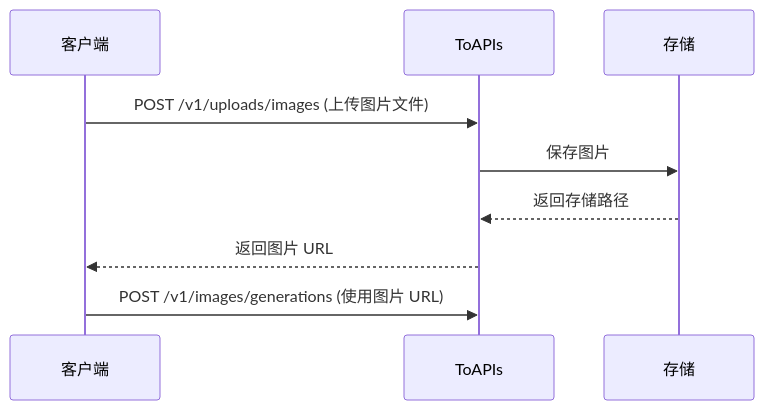
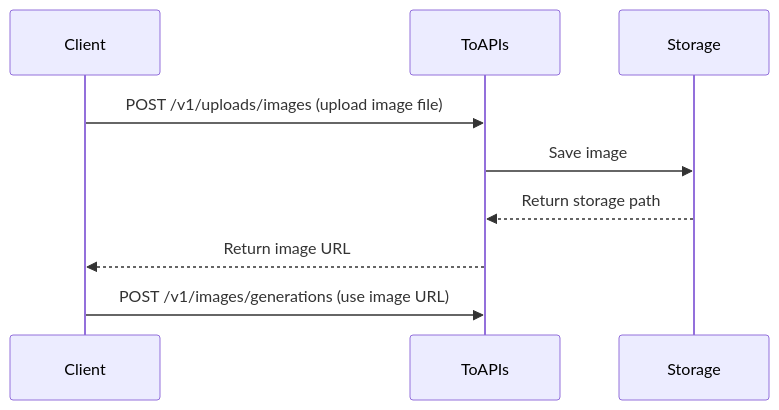
The diagram in referenc-docs/toapis/toapis-upload-images-doc.md (kpkonghk01/pi-ai-extra), drawn with Mermaid before and after one commit. The commit also changed other lines of this file and 5 other files, not shown here.

First line of the commit message:
fix(toapis): do not offer aspectRatio auto on GPT Image 2.6, and correct the upload-limit note (DATA-4688)

````diff
--- a/referenc-docs/toapis/toapis-upload-images-doc.md
+++ b/referenc-docs/toapis/toapis-upload-images-doc.md
@@ -28,12 +26,12 @@
-```mermaid theme={null}
+```mermaid
 sequenceDiagram
-    participant 客户端
+    participant Client
     participant ToAPIs
-    participant 存储
+    participant Storage
     
-    客户端->>ToAPIs: POST /v1/uploads/images (上传图片文件)
-    ToAPIs->>存储: 保存图片
-    存储-->>ToAPIs: 返回存储路径
-    ToAPIs-->>客户端: 返回图片 URL
-    客户端->>ToAPIs: POST /v1/images/generations (使用图片 URL)
+    Client->>ToAPIs: POST /v1/uploads/images (upload image file)
+    ToAPIs->>Storage: Save image
+    Storage-->>ToAPIs: Return storage path
+    ToAPIs-->>Client: Return image URL
+    Client->>ToAPIs: POST /v1/images/generations (use image URL)
 ```
````
